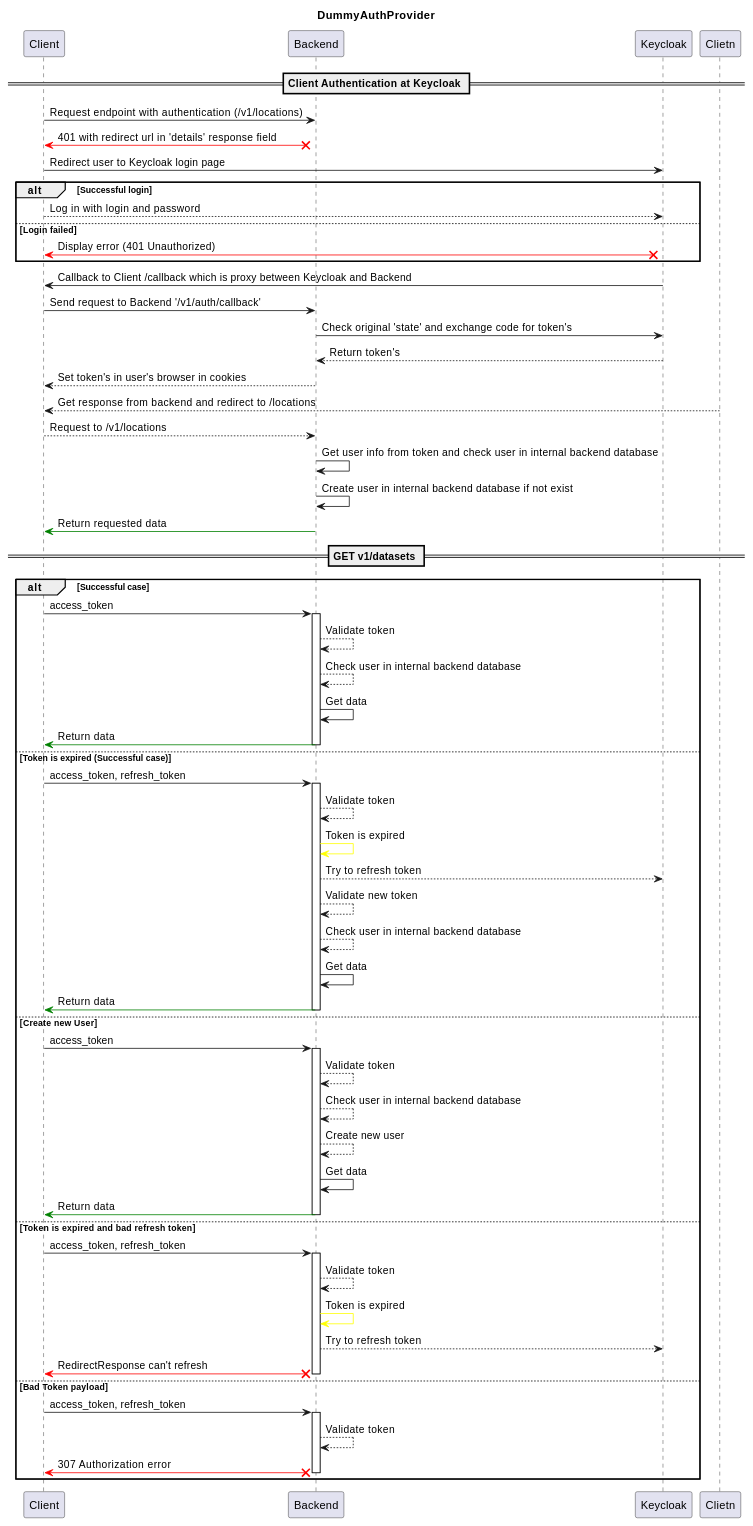
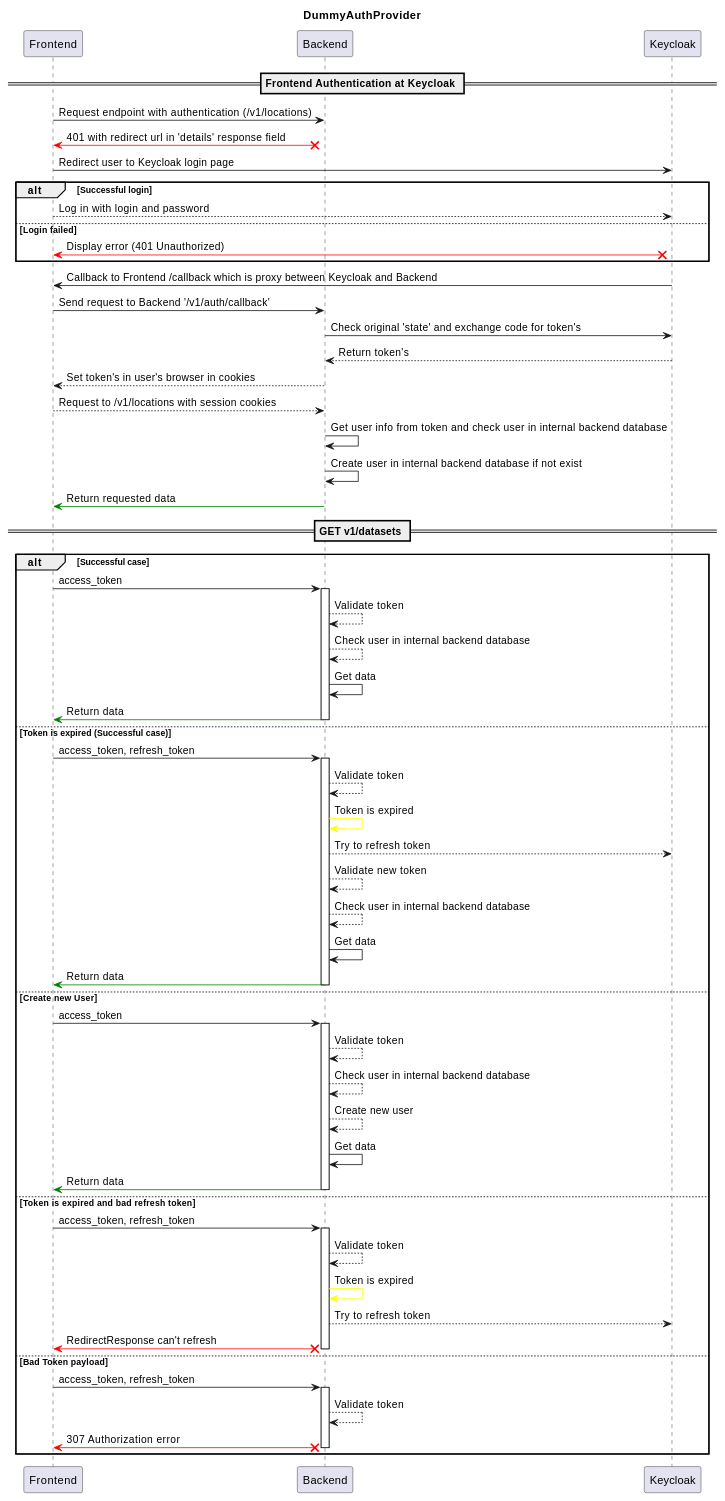
Before and after one commit to MobileTeleSystems/data-rentgen: the diagram in docs/reference/server/auth/keycloak.rst, drawn with PlantUML.

Commit message:
[DOP-21576] Update schema

```diff
--- a/docs/reference/server/auth/keycloak.rst
+++ b/docs/reference/server/auth/keycloak.rst
@@ -21,81 +21,80 @@
     .. plantuml::
 
         @startuml
             title DummyAuthProvider
-            participant "Client"
+            participant "Frontend"
             participant "Backend"
             participant "Keycloak"
 
-            == Client Authentication at Keycloak ==
+            == Frontend Authentication at Keycloak ==
 
-            Client -> Backend : Request endpoint with authentication (/v1/locations)
+            Frontend -> Backend : Request endpoint with authentication (/v1/locations)
 
-            Backend x-[#red]> Client: 401 with redirect url in 'details' response field
+            Backend x-[#red]> Frontend: 401 with redirect url in 'details' response field
 
-            Client -> Keycloak : Redirect user to Keycloak login page
+            Frontend -> Keycloak : Redirect user to Keycloak login page
 
             alt Successful login
-                Client --> Keycloak : Log in with login and password
+                Frontend --> Keycloak : Log in with login and password
             else Login failed
-                Keycloak x-[#red]> Client -- : Display error (401 Unauthorized)
+                Keycloak x-[#red]> Frontend -- : Display error (401 Unauthorized)
             end
 
-            Keycloak -> Client : Callback to Client /callback which is proxy between Keycloak and Backend
+            Keycloak -> Frontend : Callback to Frontend /callback which is proxy between Keycloak and Backend
 
-            Client -> Backend : Send request to Backend '/v1/auth/callback'
+            Frontend -> Backend : Send request to Backend '/v1/auth/callback'
 
             Backend -> Keycloak : Check original 'state' and exchange code for token's
             Keycloak --> Backend : Return token's
-            Backend --> Client : Set token's in user's browser in cookies
-            Clietn --> Client : Get response from backend and redirect to /locations
+            Backend --> Frontend : Set token's in user's browser in cookies
 
-            Client --> Backend : Request to /v1/locations
+            Frontend --> Backend : Request to /v1/locations with session cookies
             Backend -> Backend : Get user info from token and check user in internal backend database
             Backend -> Backend : Create user in internal backend database if not exist
-            Backend -[#green]> Client -- : Return requested data
+            Backend -[#green]> Frontend -- : Return requested data
 
 
             == GET v1/datasets ==
 
 
             alt Successful case
-                "Client" -> "Backend" ++ : access_token
+                "Frontend" -> "Backend" ++ : access_token
                 "Backend" --> "Backend" : Validate token
                 "Backend" --> "Backend" : Check user in internal backend database
                 "Backend" -> "Backend" : Get data
-                "Backend" -[#green]> "Client" -- : Return data
+                "Backend" -[#green]> "Frontend" -- : Return data
 
             else Token is expired (Successful case)
-                "Client" -> "Backend" ++ : access_token, refresh_token
+                "Frontend" -> "Backend" ++ : access_token, refresh_token
                 "Backend" --> "Backend" : Validate token
                 "Backend" -[#yellow]> "Backend" : Token is expired
                 "Backend" --> "Keycloak" : Try to refresh token
                 "Backend" --> "Backend" : Validate new token
                 "Backend" --> "Backend" : Check user in internal backend database
                 "Backend" -> "Backend" : Get data
-                "Backend" -[#green]> "Client" -- : Return data
+                "Backend" -[#green]> "Frontend" -- : Return data
 
             else Create new User
-                "Client" -> "Backend" ++ : access_token
+                "Frontend" -> "Backend" ++ : access_token
                 "Backend" --> "Backend" : Validate token
                 "Backend" --> "Backend" : Check user in internal backend database
                 "Backend" --> "Backend" : Create new user
                 "Backend" -> "Backend" : Get data
-                "Backend" -[#green]> "Client" -- : Return data
+                "Backend" -[#green]> "Frontend" -- : Return data
 
             else Token is expired and bad refresh token
-                "Client" -> "Backend" ++ : access_token, refresh_token
+                "Frontend" -> "Backend" ++ : access_token, refresh_token
                 "Backend" --> "Backend" : Validate token
                 "Backend" -[#yellow]> "Backend" : Token is expired
                 "Backend" --> "Keycloak" : Try to refresh token
-                "Backend" x-[#red]> "Client" -- : RedirectResponse can't refresh
+                "Backend" x-[#red]> "Frontend" -- : RedirectResponse can't refresh
 
             else Bad Token payload
-                "Client" -> "Backend" ++ : access_token, refresh_token
+                "Frontend" -> "Backend" ++ : access_token, refresh_token
                 "Backend" --> "Backend" : Validate token
-                "Backend" x-[#red]> "Client" -- : 307 Authorization error
+                "Backend" x-[#red]> "Frontend" -- : 307 Authorization error
 
             end
 
-            deactivate "Client"
+            deactivate "Frontend"
         @enduml
```
